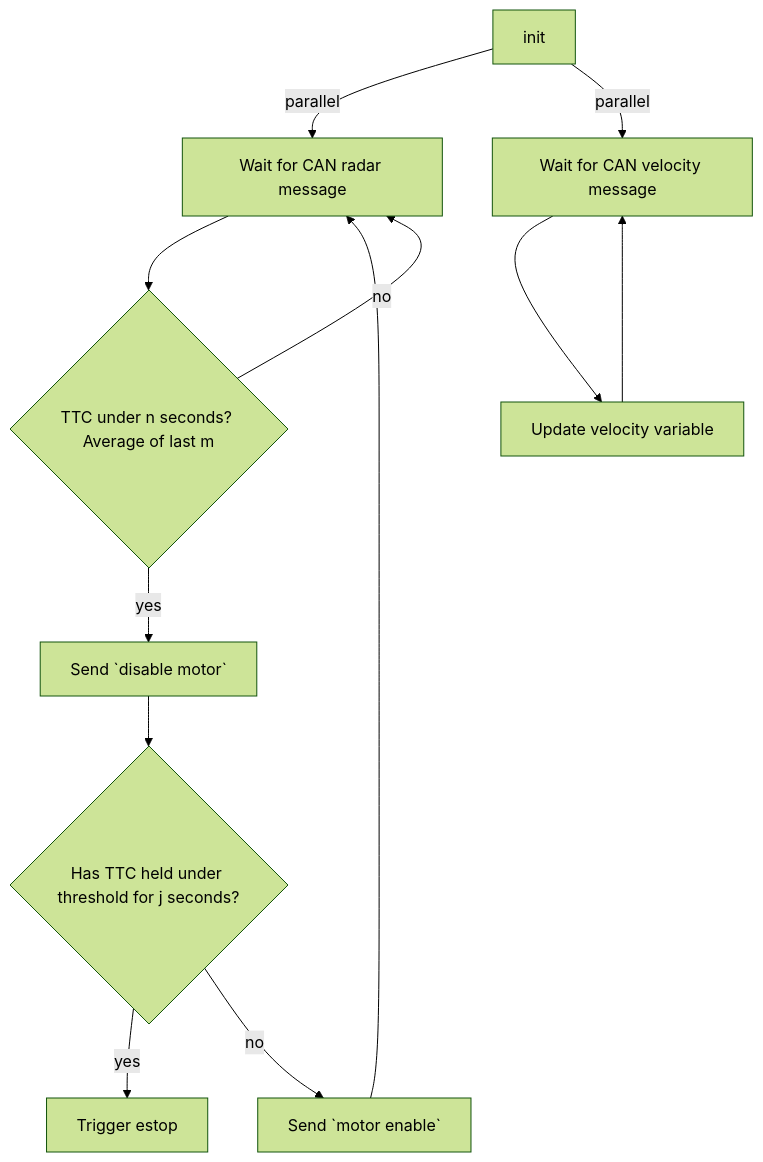
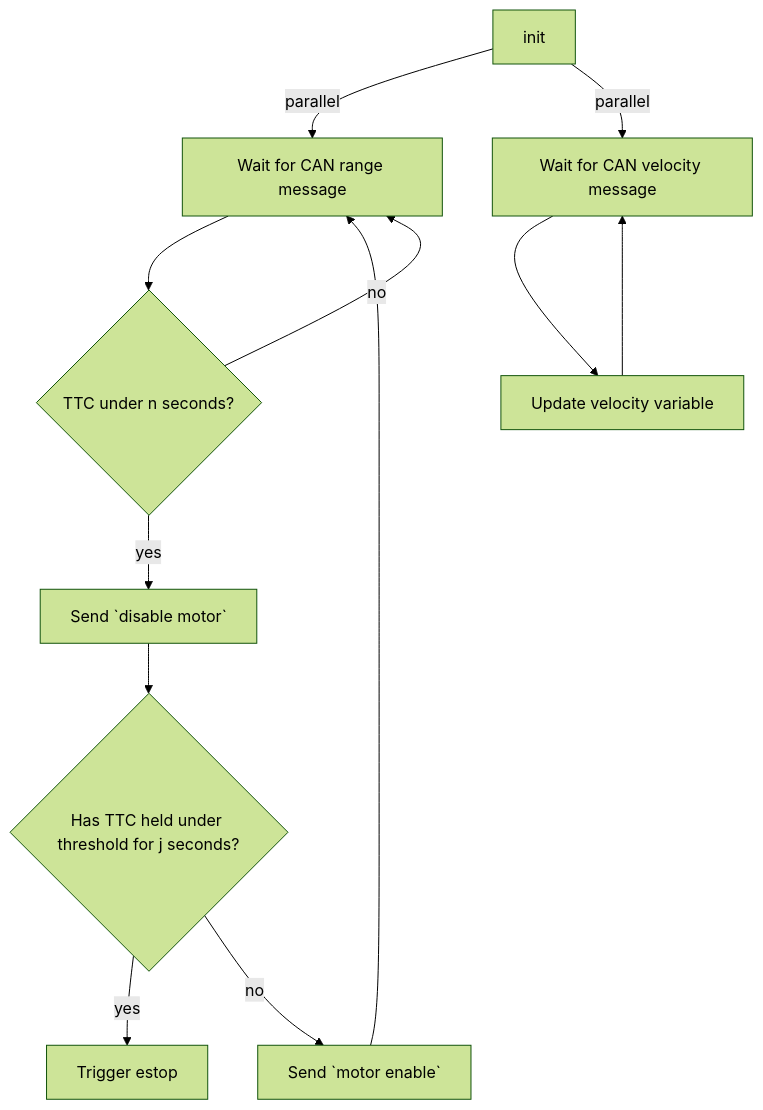
Before and after one commit to ISC-Project-Phoenix/design: the diagram in software/AEB.md, drawn with Mermaid (forest theme). The commit also changed other lines of this file and 1 other file, not shown here.

Commit message:
Change references to Radar to generic range sensor.

````diff
--- a/software/AEB.md
+++ b/software/AEB.md
@@ -19,16 +19,16 @@
 ```mermaid
 graph TD
-    A[init] --parallel--> wait[Wait for CAN radar message]
-    wait --> B{TTC under n seconds? Average of last m}
+    A[init] --parallel--> wait[Wait for CAN range message]
+    wait --> B{TTC under n seconds?}
     A --parallel--> vel[Wait for CAN velocity message]
         vel --> velrec[Update velocity variable]
         velrec --> vel
 
     B -- yes --> C[Send `disable motor`]
     C --> D{Has TTC held under threshold for j seconds?}
         D -- yes --> E[Trigger estop]
         D -- no --> F[Send `motor enable`]
             F --> wait
     
     B -- no --> wait
 ```
````
